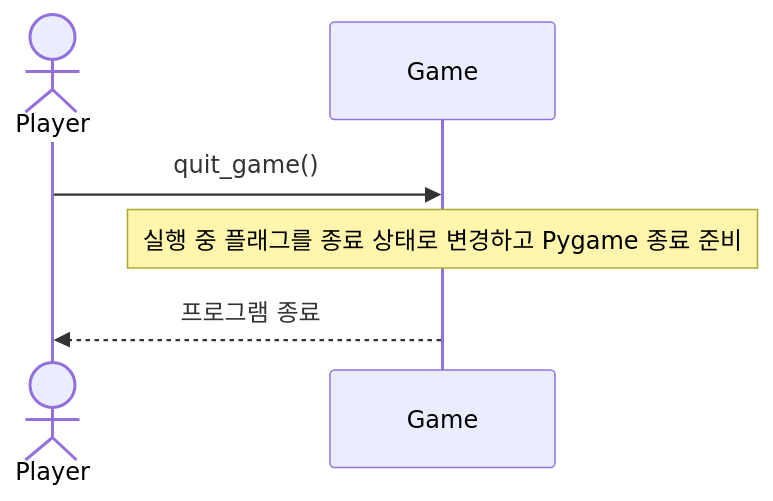
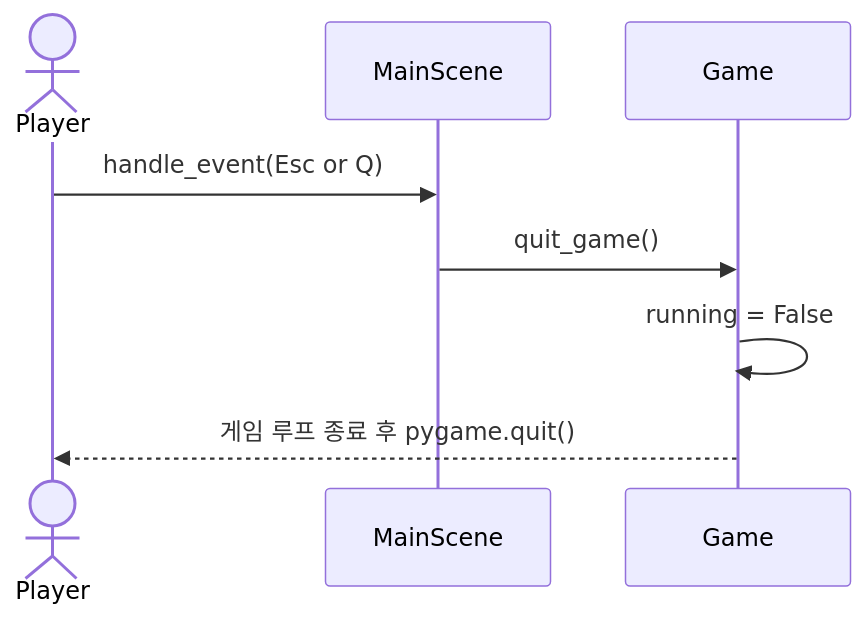
The third of 7 diagrams in doc/05_sequence_diagrams.md (wisewo/kongoose), drawn with Mermaid before and after one commit. The commit also changed other lines of this file and 33 other files, not shown here.

````diff
--- a/doc/05_sequence_diagrams.md
+++ b/doc/05_sequence_diagrams.md
@@ -79,9 +100,11 @@
 ```mermaid
 sequenceDiagram
     actor User as Player
+    participant MainScene
     participant Game
 
-    User->>Game: quit_game()
-    Note over Game: 실행 중 플래그를 종료 상태로 변경하고 Pygame 종료 준비
-    Game-->>User: 프로그램 종료
+    User->>MainScene: handle_event(Esc or Q)
+    MainScene->>Game: quit_game()
+    Game->>Game: running = False
+    Game-->>User: 게임 루프 종료 후 pygame.quit()
 ```
````
